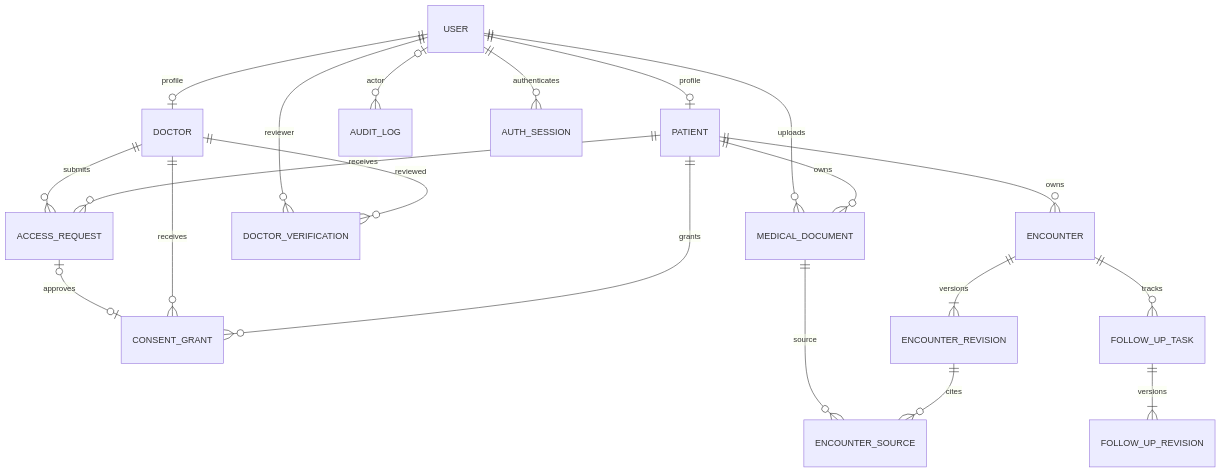
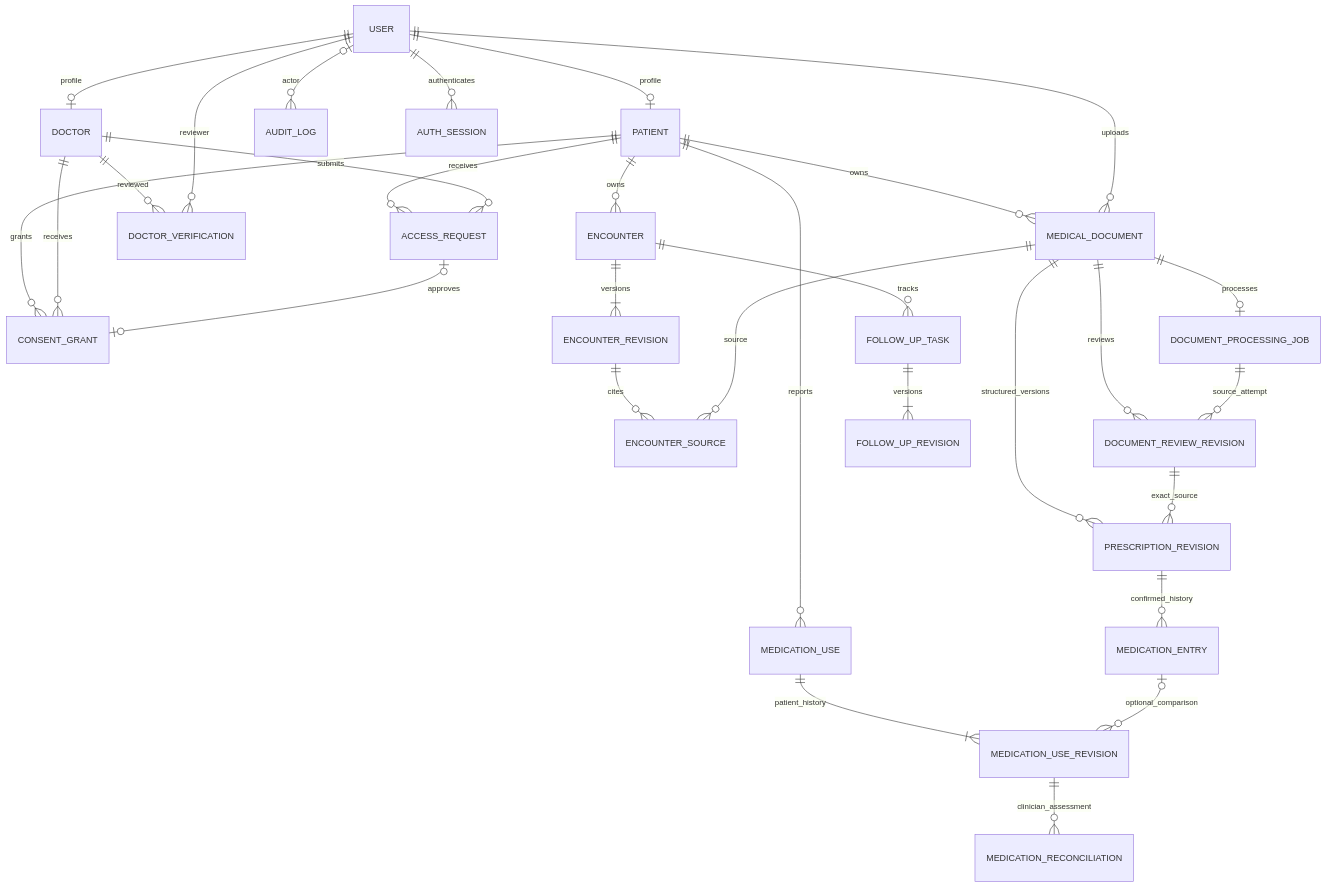
One commit to Tanish3115/CareGap changed the third of 4 diagrams in docs/ARCHITECTURE.md. Above: the diagram before and after it, drawn with Mermaid. The commit also changed other lines of this file and 292 other files, not shown here.

````diff
--- a/docs/ARCHITECTURE.md
+++ b/docs/ARCHITECTURE.md
@@ -53,22 +103,32 @@
 ```mermaid
 erDiagram
     USER ||--o| PATIENT : profile
     USER ||--o| DOCTOR : profile
     PATIENT ||--o{ MEDICAL_DOCUMENT : owns
     USER ||--o{ MEDICAL_DOCUMENT : uploads
     PATIENT ||--o{ CONSENT_GRANT : grants
     DOCTOR ||--o{ CONSENT_GRANT : receives
     USER o|--o{ AUDIT_LOG : actor
     USER ||--o{ AUTH_SESSION : authenticates
     PATIENT ||--o{ ACCESS_REQUEST : receives
     DOCTOR ||--o{ ACCESS_REQUEST : submits
     ACCESS_REQUEST o|--o| CONSENT_GRANT : approves
     DOCTOR ||--o{ DOCTOR_VERIFICATION : reviewed
     USER ||--o{ DOCTOR_VERIFICATION : reviewer
     PATIENT ||--o{ ENCOUNTER : owns
     ENCOUNTER ||--|{ ENCOUNTER_REVISION : versions
     ENCOUNTER_REVISION ||--o{ ENCOUNTER_SOURCE : cites
     MEDICAL_DOCUMENT ||--o{ ENCOUNTER_SOURCE : source
+    MEDICAL_DOCUMENT ||--o| DOCUMENT_PROCESSING_JOB : processes
+    MEDICAL_DOCUMENT ||--o{ DOCUMENT_REVIEW_REVISION : reviews
+    DOCUMENT_PROCESSING_JOB ||--o{ DOCUMENT_REVIEW_REVISION : source_attempt
+    MEDICAL_DOCUMENT ||--o{ PRESCRIPTION_REVISION : structured_versions
+    DOCUMENT_REVIEW_REVISION ||--o{ PRESCRIPTION_REVISION : exact_source
+    PRESCRIPTION_REVISION ||--o{ MEDICATION_ENTRY : confirmed_history
+    PATIENT ||--o{ MEDICATION_USE : reports
+    MEDICATION_USE ||--|{ MEDICATION_USE_REVISION : patient_history
+    MEDICATION_ENTRY o|--o{ MEDICATION_USE_REVISION : optional_comparison
+    MEDICATION_USE_REVISION ||--o{ MEDICATION_RECONCILIATION : clinician_assessment
     ENCOUNTER ||--o{ FOLLOW_UP_TASK : tracks
     FOLLOW_UP_TASK ||--|{ FOLLOW_UP_REVISION : versions
 ```
````
